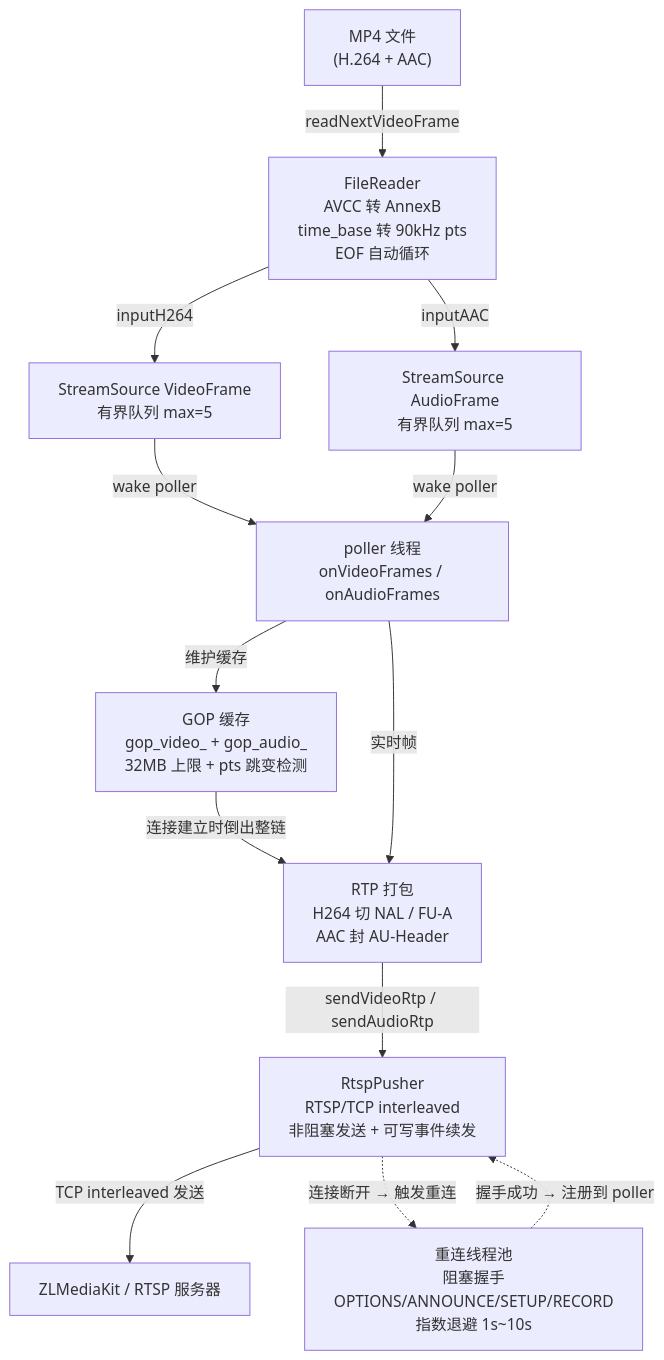
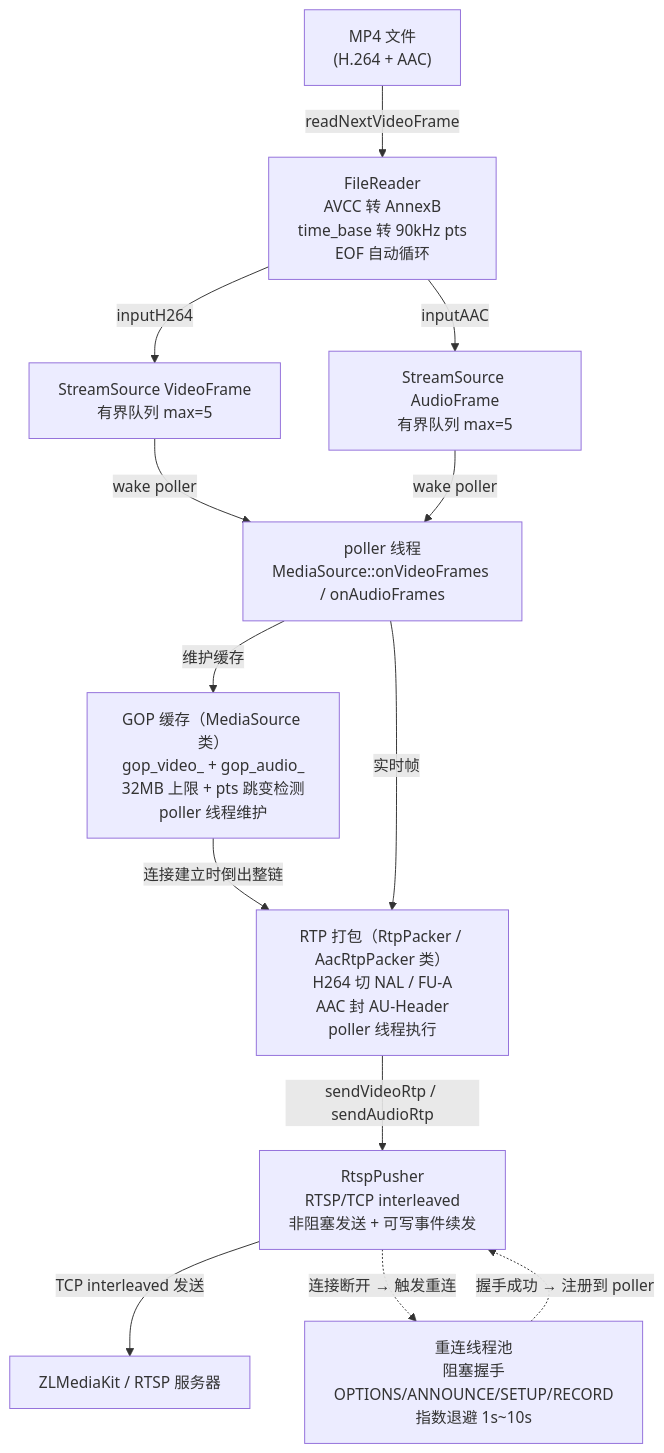
Before and after one commit to RFFZ/ffmpeg_rtp_push: the diagram in README.md, drawn with Mermaid. The commit also changed other lines of this file, not shown here.

Commit message:
docs: annotate GOP cache and RTP packer with implementing class and thread

````diff
--- a/README.md
+++ b/README.md
@@ -16,26 +16,26 @@
 ```mermaid
 flowchart TD
     MP4["MP4 文件<br/>(H.264 + AAC)"]
     FR["FileReader<br/>AVCC 转 AnnexB<br/>time_base 转 90kHz pts<br/>EOF 自动循环"]
     SSV["StreamSource VideoFrame<br/>有界队列 max=5"]
     SSA["StreamSource AudioFrame<br/>有界队列 max=5"]
-    POLL["poller 线程<br/>onVideoFrames / onAudioFrames"]
-    GOP["GOP 缓存<br/>gop_video_ + gop_audio_<br/>32MB 上限 + pts 跳变检测"]
-    PACK["RTP 打包<br/>H264 切 NAL / FU-A<br/>AAC 封 AU-Header"]
+    POLL["poller 线程<br/>MediaSource::onVideoFrames / onAudioFrames"]
+    GOP["GOP 缓存（MediaSource 类）<br/>gop_video_ + gop_audio_<br/>32MB 上限 + pts 跳变检测<br/>poller 线程维护"]
+    PACK["RTP 打包（RtpPacker / AacRtpPacker 类）<br/>H264 切 NAL / FU-A<br/>AAC 封 AU-Header<br/>poller 线程执行"]
     RTSP["RtspPusher<br/>RTSP/TCP interleaved<br/>非阻塞发送 + 可写事件续发"]
     HC["重连线程池<br/>阻塞握手<br/>OPTIONS/ANNOUNCE/SETUP/RECORD<br/>指数退避 1s~10s"]
     ZLM["ZLMediaKit / RTSP 服务器"]
 
     MP4 -->|"readNextVideoFrame"| FR
     FR -->|"inputH264"| SSV
     FR -->|"inputAAC"| SSA
     SSV -->|"wake poller"| POLL
     SSA -->|"wake poller"| POLL
     POLL -->|"维护缓存"| GOP
     GOP -->|"连接建立时倒出整链"| PACK
     POLL -->|"实时帧"| PACK
     PACK -->|"sendVideoRtp / sendAudioRtp"| RTSP
     RTSP -->|"TCP interleaved 发送"| ZLM
     HC -.->|"握手成功 → 注册到 poller"| RTSP
     RTSP -.->|"连接断开 → 触发重连"| HC
 ```
````
